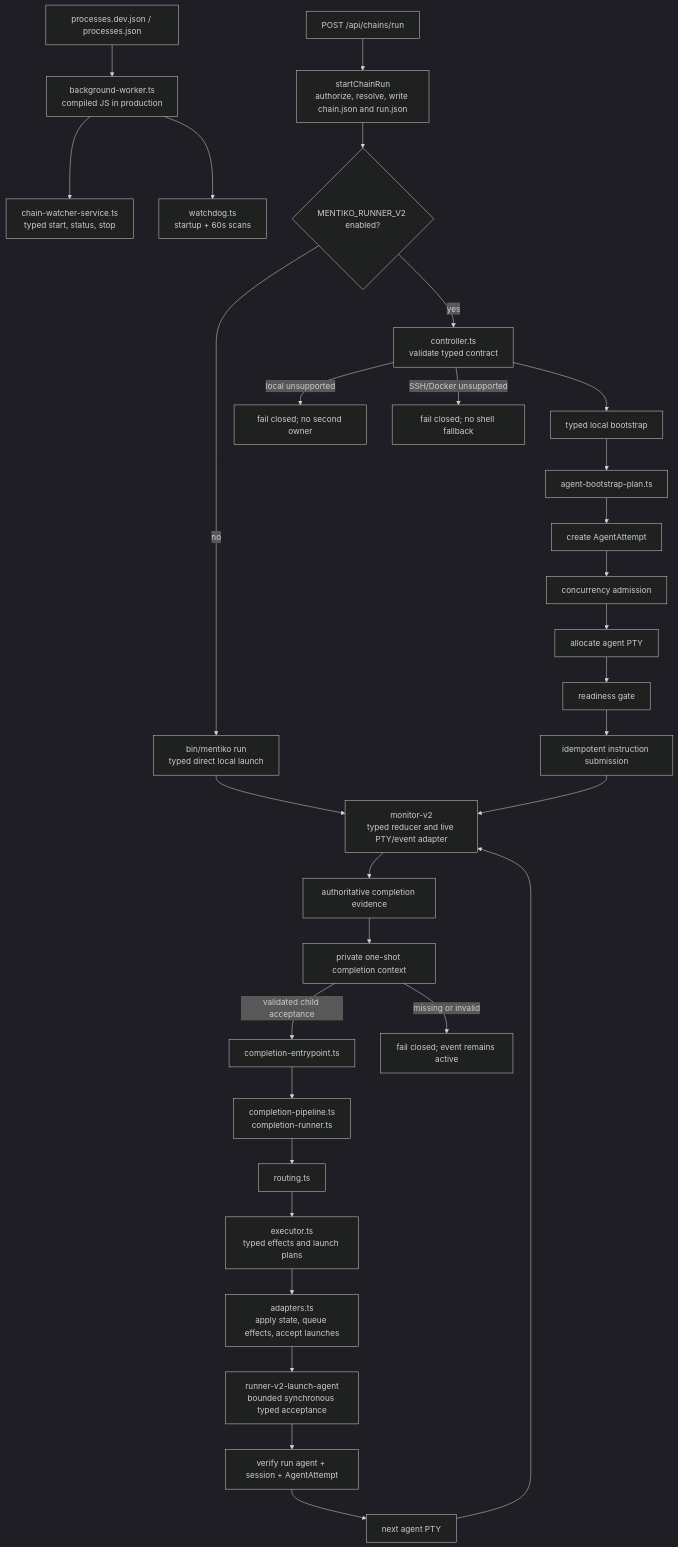
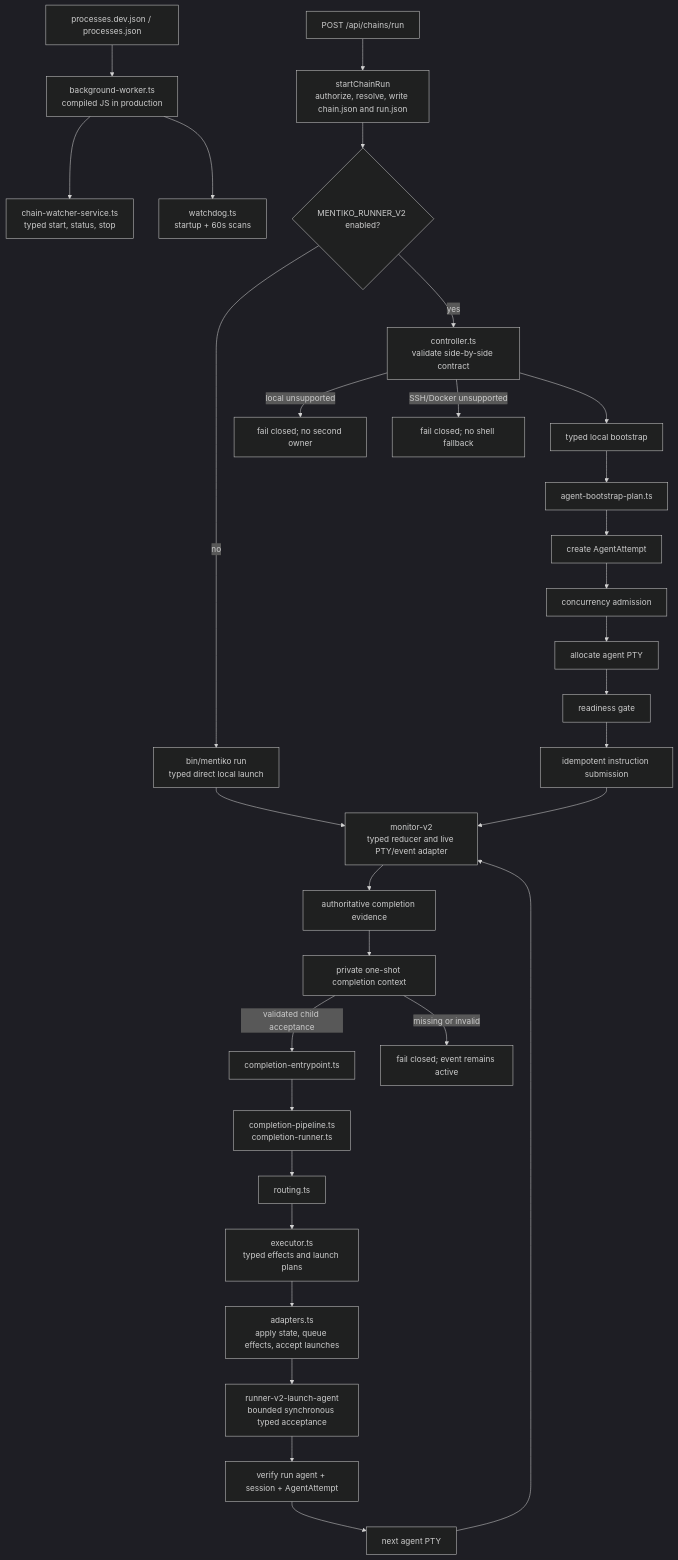
One commit to kollaborai/mentiko changed the first of 2 diagrams in docs/RUNNER_V2_ARCHITECTURE.md. Above: the diagram before and after it, drawn with Mermaid (dark theme). The commit also changed other lines of this file and 196 other files, not shown here.

````diff
--- a/docs/RUNNER_V2_ARCHITECTURE.md
+++ b/docs/RUNNER_V2_ARCHITECTURE.md
@@ -44,39 +46,39 @@
 ```mermaid
 flowchart TD
     PROCESSES["processes.dev.json / processes.json"] --> WORKER["background-worker.ts<br/>compiled JS in production"]
     WORKER --> WATCHER["chain-watcher-service.ts<br/>typed start, status, stop"]
     WORKER --> WATCHDOG["watchdog.ts<br/>startup + 60s scans"]
 
     HTTP["POST /api/chains/run"] --> SERVICE["startChainRun<br/>authorize, resolve, write chain.json and run.json"]
     SERVICE --> GATE{"MENTIKO_RUNNER_V2 enabled?"}
 
     GATE -->|no| DIRECT0["bin/mentiko run<br/>typed direct local launch"]
-    GATE -->|yes| CONTROLLER["controller.ts<br/>validate typed contract"]
+    GATE -->|yes| CONTROLLER["controller.ts<br/>validate side-by-side contract"]
     CONTROLLER --> BOOTSTRAP["typed local bootstrap"]
     BOOTSTRAP --> PLAN["agent-bootstrap-plan.ts"]
     PLAN --> ATTEMPT["create AgentAttempt"]
     ATTEMPT --> ADMISSION["concurrency admission"]
     ADMISSION --> PTY["allocate agent PTY"]
     PTY --> READY["readiness gate"]
     READY --> SUBMIT["idempotent instruction submission"]
 
     CONTROLLER -->|local unsupported| CLOSE0["fail closed; no second owner"]
     CONTROLLER -->|SSH/Docker unsupported| CLOSE1["fail closed; no shell fallback"]
     DIRECT0 --> MONITOR
 
     SUBMIT --> MONITOR["monitor-v2<br/>typed reducer and live PTY/event adapter"]
 
     MONITOR --> EVIDENCE["authoritative completion evidence"]
     EVIDENCE --> CONTEXT["private one-shot completion context"]
     CONTEXT -->|validated child acceptance| ENTRY["completion-entrypoint.ts"]
     CONTEXT -->|missing or invalid| CLOSE["fail closed; event remains active"]
 
     ENTRY --> REDUCE["completion-pipeline.ts<br/>completion-runner.ts"]
     REDUCE --> ROUTE["routing.ts"]
     ROUTE --> EXECUTOR["executor.ts<br/>typed effects and launch plans"]
     EXECUTOR --> ADAPTERS["adapters.ts<br/>apply state, queue effects, accept launches"]
     ADAPTERS --> ACCEPT["runner-v2-launch-agent<br/>bounded synchronous typed acceptance"]
     ACCEPT --> PROOF["verify run agent + session + AgentAttempt"]
     PROOF --> NEXT["next agent PTY"]
     NEXT --> MONITOR
 ```
````
